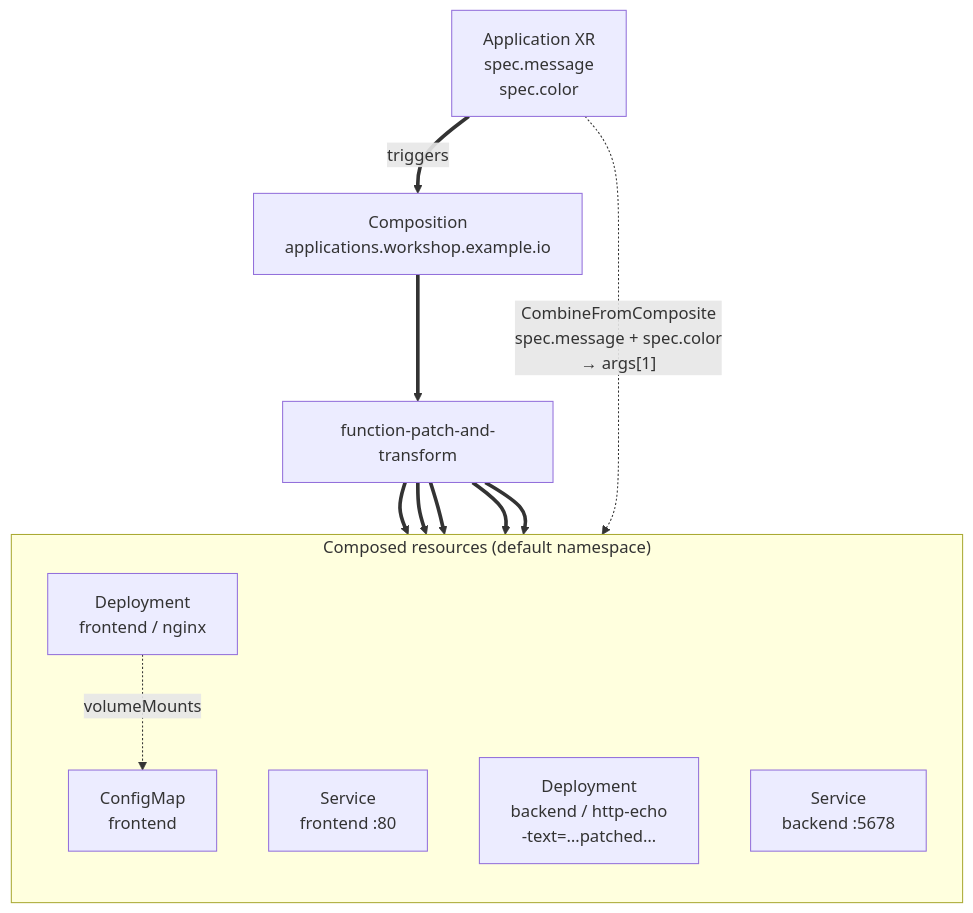
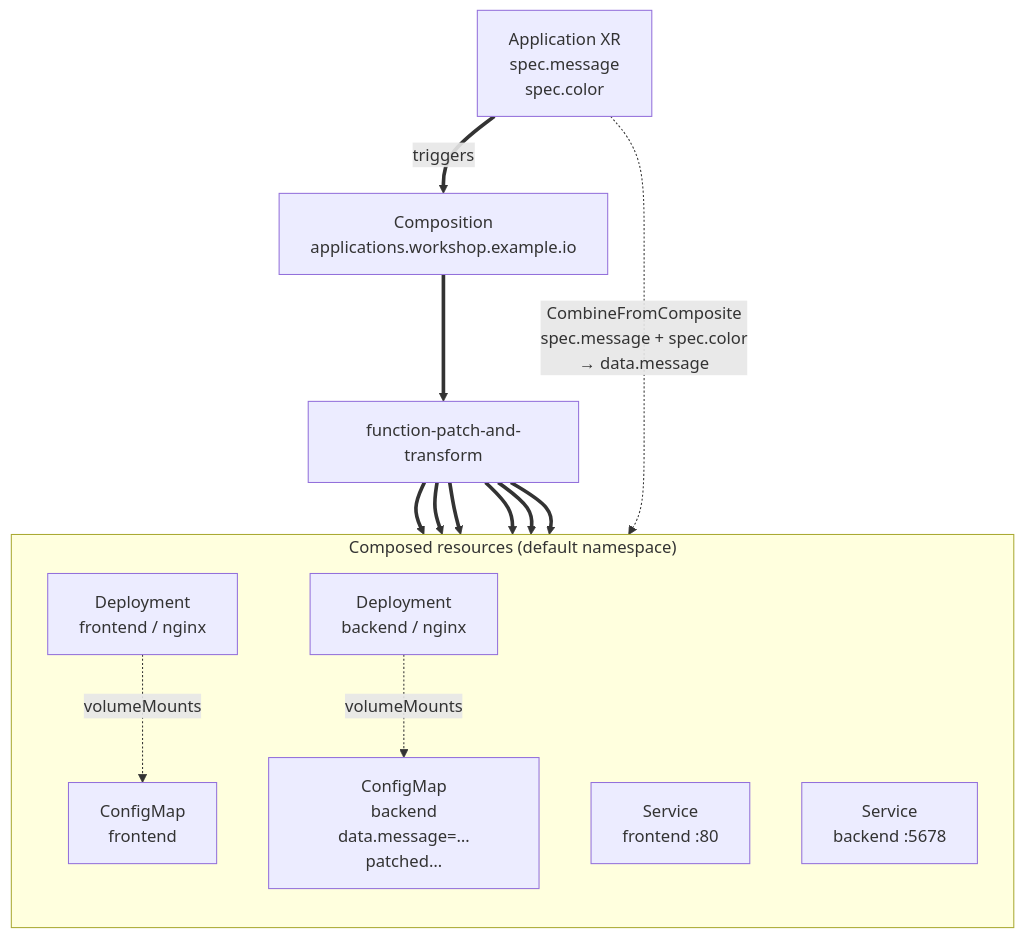
The diagram in docs/docs/04-crossplane-101/03-define-application.mdx (ricCap/crossplane-workshop), drawn with Mermaid before and after one commit. The commit also changed other lines of this file and 3 other files, not shown here.

````diff
--- a/docs/docs/04-crossplane-101/03-define-application.mdx
+++ b/docs/docs/04-crossplane-101/03-define-application.mdx
@@ -110,20 +110,22 @@
 ```mermaid
 flowchart TB
   xr["Application XR<br/>spec.message<br/>spec.color"]
   comp["Composition<br/>applications.workshop.example.io"]
   fn["function-patch-and-transform"]
 
   subgraph composed["Composed resources (default namespace)"]
     direction TB
     fcm["ConfigMap<br/>frontend"]
     fd["Deployment<br/>frontend / nginx"]
     fs["Service<br/>frontend :80"]
-    bd["Deployment<br/>backend / http-echo<br/>-text=…patched…"]
+    bcm["ConfigMap<br/>backend<br/>data.message=…patched…"]
+    bd["Deployment<br/>backend / nginx"]
     bs["Service<br/>backend :5678"]
   end
 
   xr == "triggers" ==> comp ==> fn
-  fn ==> fcm & fd & fs & bd & bs
-  xr -. "CombineFromComposite<br/>spec.message + spec.color<br/>→ args[1]" .-> bd
+  fn ==> fcm & fd & fs & bcm & bd & bs
+  xr -. "CombineFromComposite<br/>spec.message + spec.color<br/>→ data.message" .-> bcm
   fd -. "volumeMounts" .-> fcm
+  bd -. "volumeMounts" .-> bcm
 ```
````
